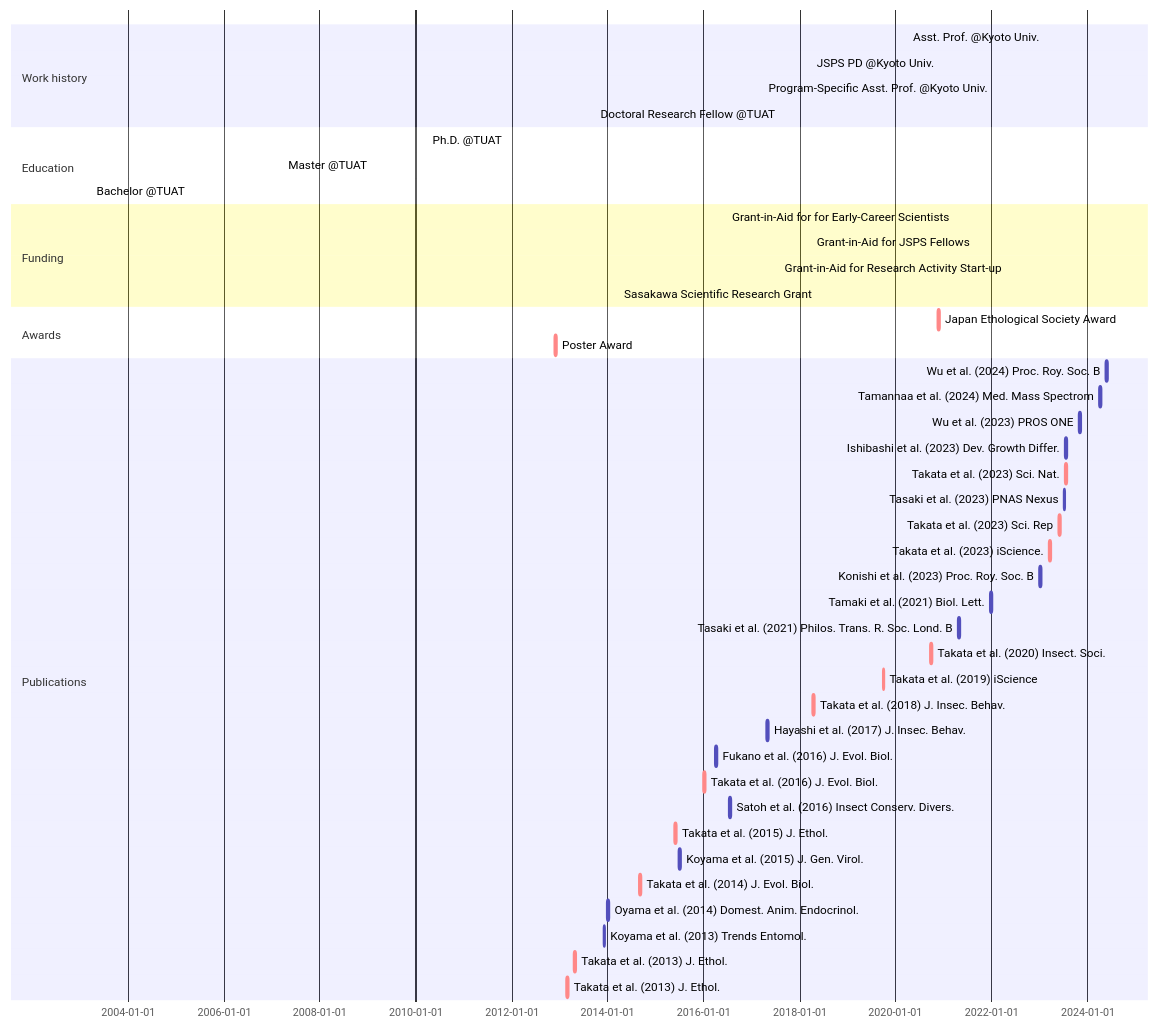
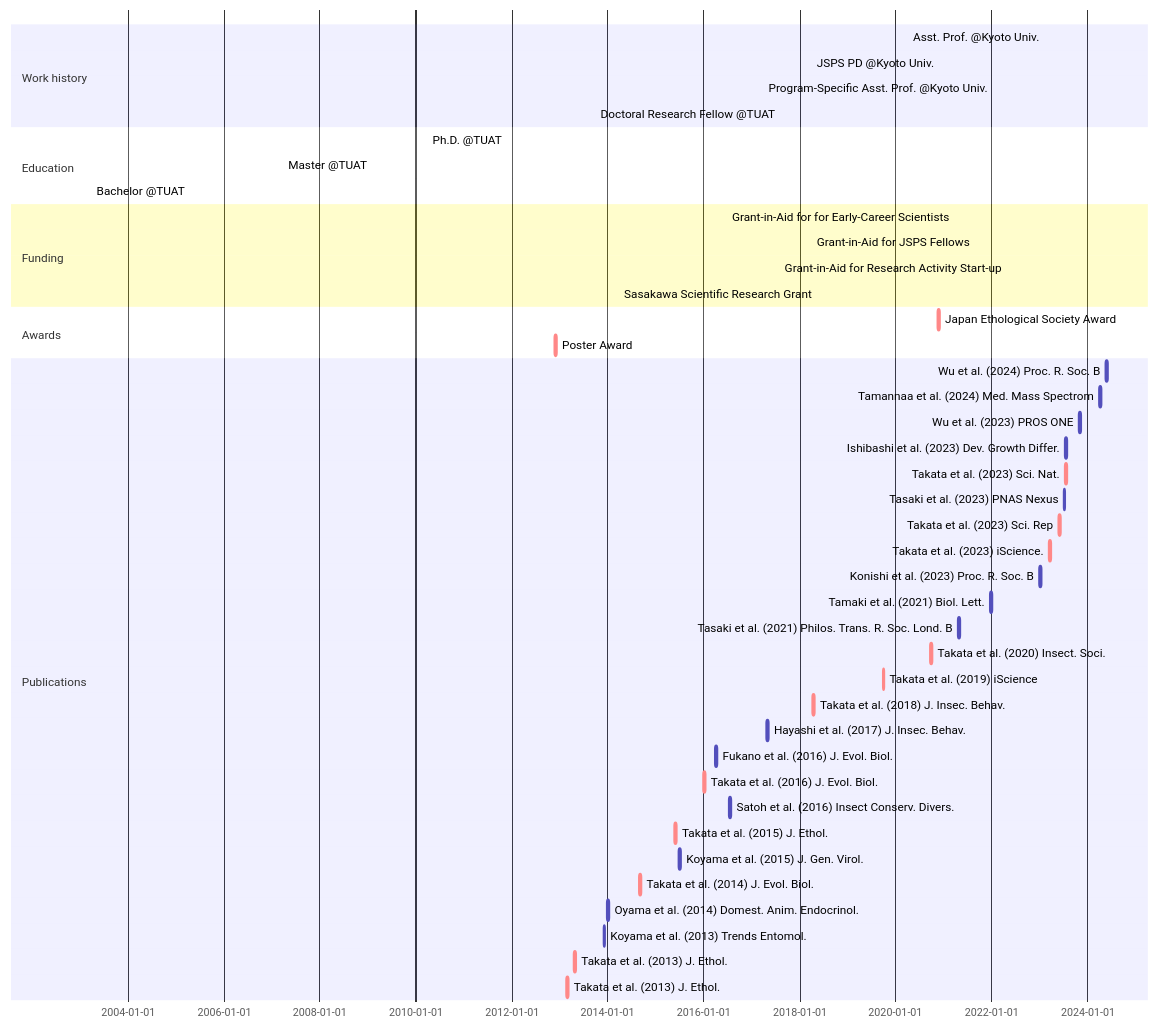
Before and after one commit to MamoruTakata/MamoruTakata.github.io: the diagram in _includes/mermaid-cv.md, drawn with Mermaid.

````diff
--- a/_includes/mermaid-cv.md
+++ b/_includes/mermaid-cv.md
@@ -1,50 +1,50 @@
 ```mermaid
 gantt
 section Work history
   Asst. Prof. @Kyoto Univ.                      : active, Asst. Prof., 2020-04-01, 2026-03-31
   JSPS PD @Kyoto Univ.                          : active, PD, 2018-04-01, 2020-03-31
   Program-Specific Asst. Prof. @Kyoto Univ.     : active, Program-Specific Asst. Prof., 2017-04-01, 2018-03-31
   Doctoral Research Fellow @TUAT                : active, Program-Specific Asst. Prof., 2013-10-01, 2017-03-31
 
 section Education
   Ph.D. @TUAT    : Ph.D., 2010-04-01, 2013-09-18
   Master @TUAT   : MS, 2007-04-01, 2010-03-31
   Bachelor @TUAT : BS, 2003-04-01, 2007-03-31
 
 section Funding
   Grant-in-Aid for for Early-Career Scientists  : active, grant_young, 2021-04-01, 2026-03-31
   Grant-in-Aid for JSPS Fellows                 : active, grant_PD, 2018-04-01, 2021-03-31
   Grant-in-Aid for Research Activity Start-up   : active, grant_start, 2017-08-01, 2018-03-31
   Sasakawa Scientific Research Grant            : active, grant_Sasagawa, 2014-04-01, 2015-03-31
 
 section Awards
   Japan Ethological Society Award               : crit, aw_2, 2020-11-21, 2w
   Poster Award                                  : crit, aw_1, 2012-11-24, 2w
 
 section Publications
-  Wu et al. (2024) Proc. Roy. Soc. B            :       Wu et al. 2024, 2024-05-22, 2w
+  Wu et al. (2024) Proc. R. Soc. B            :       Wu et al. 2024, 2024-05-22, 2w
   Tamannaa et al. (2024) Med. Mass Spectrom     :       Tamannaa et al. 2024, 2024-04-01, 2w
   Wu et al. (2023) PROS ONE                     :       Wu et al. 2023, 2023-11-02, 2w
   Ishibashi et al. (2023) Dev. Growth Differ.   :       Ishibashi et al. 2023, 2023-07-18, 2w
   Takata et al. (2023) Sci. Nat.                : crit, Takata et al. 2023c, 2023-07-17, 2w
   Tasaki et al. (2023) PNAS Nexus               :       Tasaki et al. 2023, 2023-07-04, 2w
   Takata et al. (2023) Sci. Rep                 : crit, Takata et al. 2023b, 2023-05-31, 2w
   Takata et al. (2023) iScience.                : crit, Takata et al. 2023a, 2023-03-17, 2w
-  Konishi et al. (2023) Proc. Roy. Soc. B       :       Konishi et al. 2023, 2023-01-04, 2w
+  Konishi et al. (2023) Proc. R. Soc. B       :       Konishi et al. 2023, 2023-01-04, 2w
   Tamaki et al. (2021) Biol. Lett.              :       Tamaki et al. 2021, 2021-12-22, 2w
   Tasaki et al. (2021) Philos. Trans. R. Soc. Lond. B : Tasaki et al. 2021, 2021-04-26, 2w
   Takata et al. (2020) Insect. Soci.            : crit, Takata et al. 2020, 2020-09-22, 2w
   Takata et al. (2019) iScience                 : crit, Takata et al. 2019, 2019-09-27, 2w
   Takata et al. (2018) J. Insec. Behav.         : crit, Takata et al. 2018, 2018-04-14, 2w
   Hayashi et al. (2017) J. Insec. Behav.        :       Hayashi et al. 2017, 2017-04-29, 2w
   Fukano et al. (2016) J. Evol. Biol.           :       Fukano et al. 2016, 2016-04-01, 2w
   Takata et al. (2016) J. Evol. Biol.           : crit, Takata et al. 2016, 2016-01-01, 2w
   Satoh et al. (2016) Insect Conserv. Divers.   :       Satoh et al. 2016, 2016-07-16, 2w
   Takata et al. (2015) J. Ethol.                : crit, Takata et al. 2015, 2015-05-28, 2w
   Koyama et al. (2015) J. Gen. Virol.           :       Koyama et al. 2015, 2015-07-01, 2w
   Takata et al. (2014) J. Evol. Biol.           : crit, Takata et al. 2014, 2014-09-01, 2w
   Oyama et al. (2014) Domest. Anim. Endocrinol. :       Oyama et al. 2014, 2014-01-01, 2w
   Koyama et al. (2013) Trends Entomol.          :       Koyama et al. 2013, 2013-12-01, 2w
   Takata et al. (2013) J. Ethol.                : crit, Takata et al. 2015b, 2013-04-21, 2w
   Takata et al. (2013) J. Ethol.                : crit, Takata et al. 2015a, 2013-02-23, 2w
 ```
````
